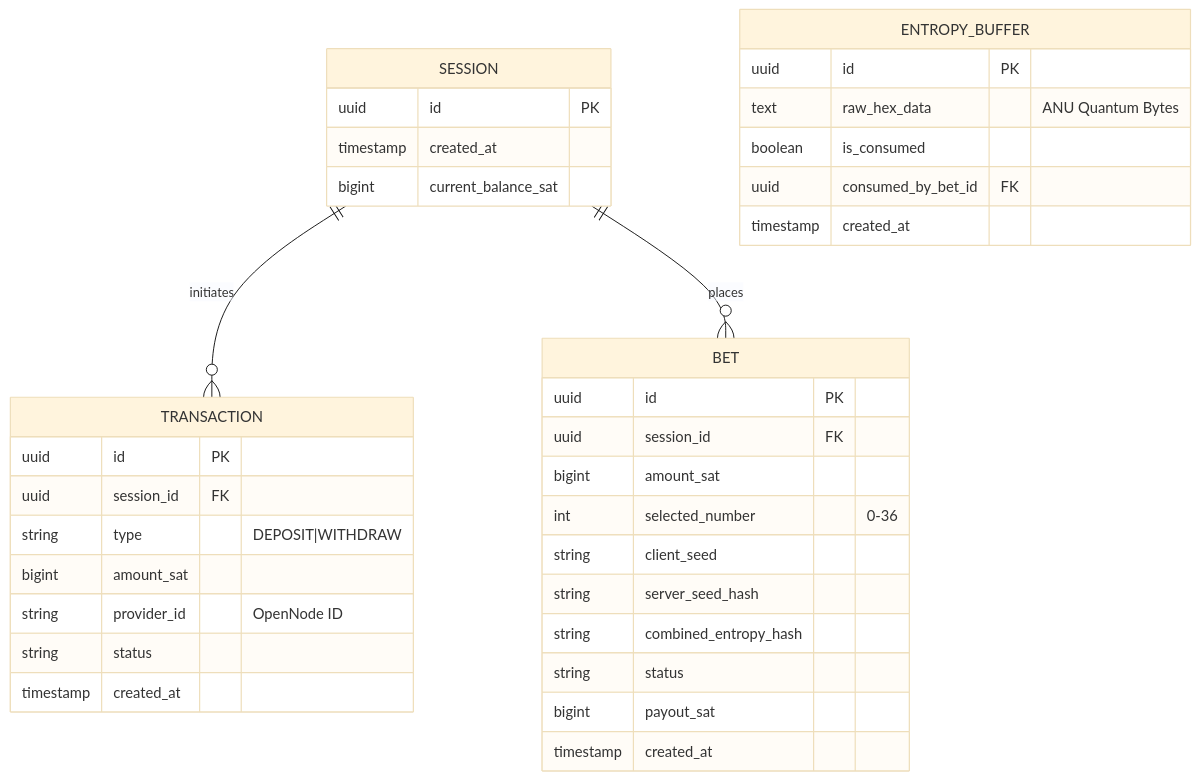
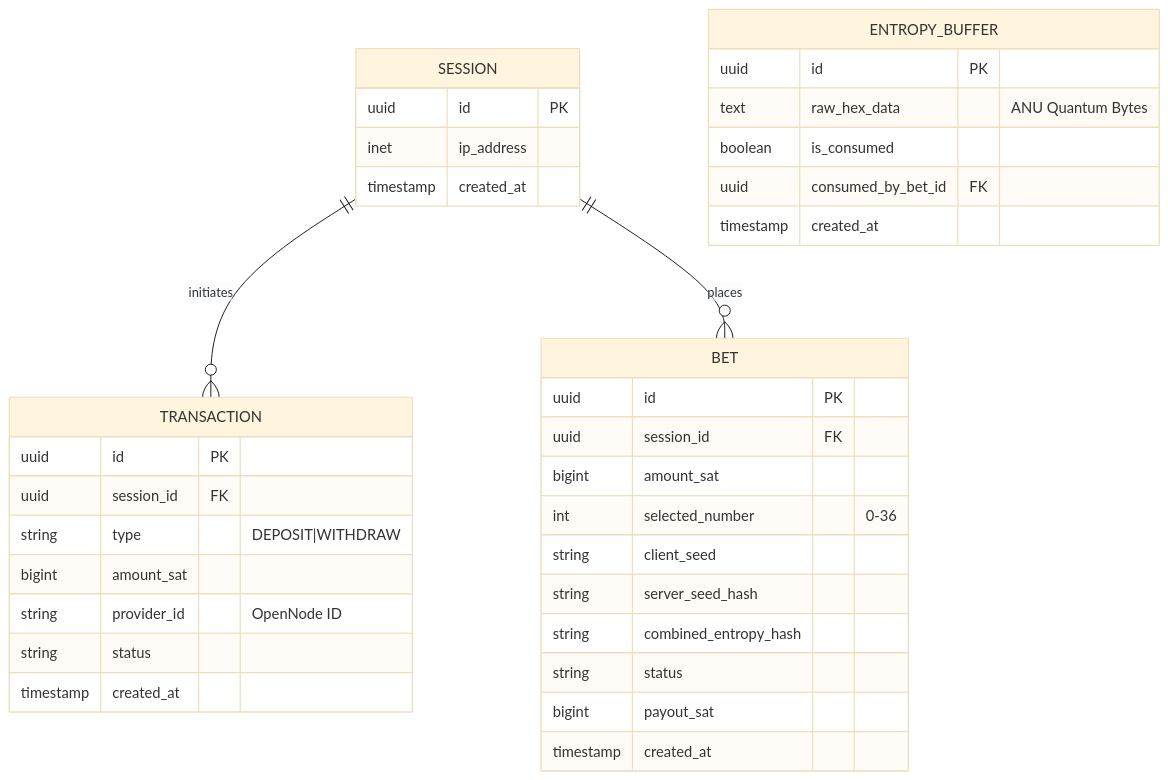
Before and after one commit to Rayo2010x/quantum-btc-backend: the diagram in docs/03-Database/Database_Schema.md, drawn with Mermaid (base theme). The commit also changed other lines of this file and 4 other files, not shown here.

````diff
--- a/docs/03-Database/Database_Schema.md
+++ b/docs/03-Database/Database_Schema.md
@@ -10,41 +10,41 @@
 ```mermaid
 erDiagram
     SESSION ||--o{ TRANSACTION : initiates
     SESSION ||--o{ BET : places
     SESSION {
         uuid id PK
+        inet ip_address
         timestamp created_at
-        bigint current_balance_sat
     }
-    
+
     TRANSACTION {
         uuid id PK
         uuid session_id FK
         string type "DEPOSIT|WITHDRAW"
         bigint amount_sat
         string provider_id "OpenNode ID"
         string status
         timestamp created_at
     }
 
     BET {
         uuid id PK
         uuid session_id FK
         bigint amount_sat
         int selected_number "0-36"
         string client_seed
         string server_seed_hash
         string combined_entropy_hash
         string status
         bigint payout_sat
         timestamp created_at
     }
 
     ENTROPY_BUFFER {
         uuid id PK
         text raw_hex_data "ANU Quantum Bytes"
         boolean is_consumed
         uuid consumed_by_bet_id FK
         timestamp created_at
     }
 ```
````
